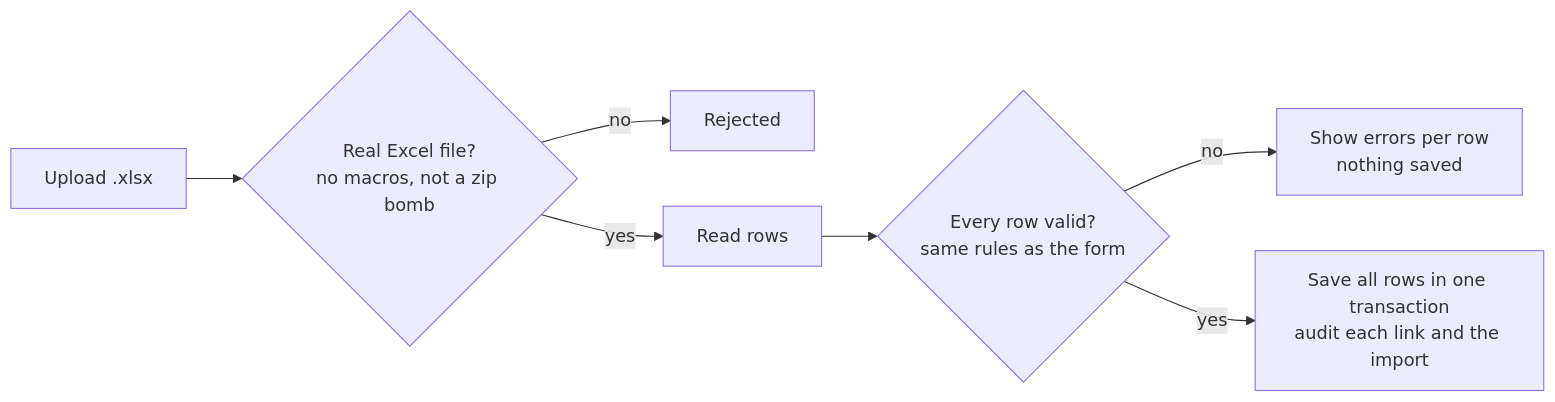
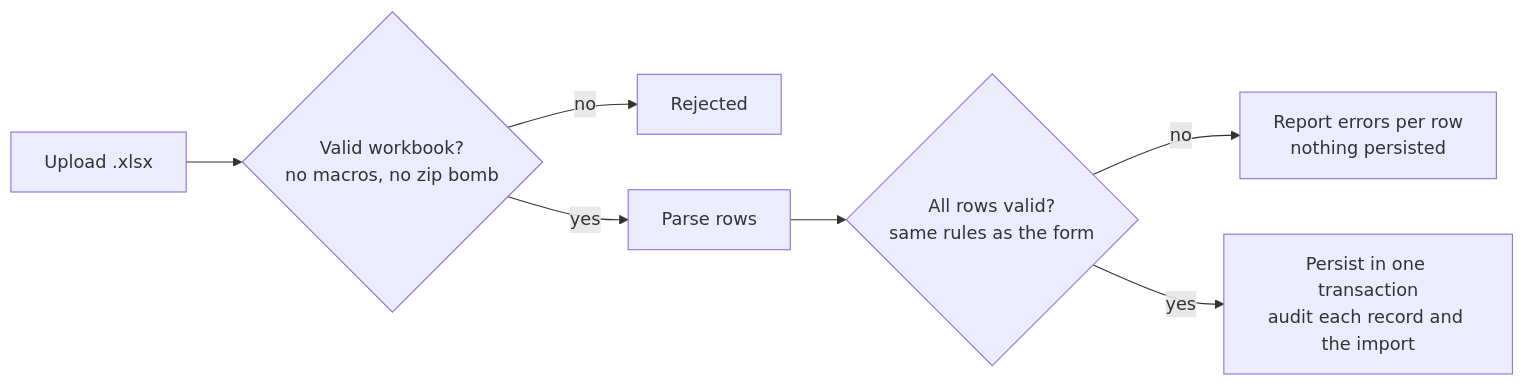
One commit to Masbismaa/mtoa_alr changed the eighth of 8 diagrams in .github/README.md. Above: the diagram before and after it, drawn with Mermaid. The commit also changed other lines of this file and 3 other files, not shown here.

````diff
--- a/.github/README.md
+++ b/.github/README.md
@@ -534,9 +561,9 @@
 ```mermaid
 flowchart LR
-    U[Upload .xlsx] --> C{Real Excel file?<br/>no macros, not a zip bomb}
+    U[Upload .xlsx] --> C{Valid workbook?<br/>no macros, no zip bomb}
     C -->|no| X[Rejected]
-    C -->|yes| R[Read rows]
-    R --> V{Every row valid?<br/>same rules as the form}
-    V -->|no| E[Show errors per row<br/>nothing saved]
-    V -->|yes| S[Save all rows in one transaction<br/>audit each link and the import]
+    C -->|yes| R[Parse rows]
+    R --> V{All rows valid?<br/>same rules as the form}
+    V -->|no| E[Report errors per row<br/>nothing persisted]
+    V -->|yes| S[Persist in one transaction<br/>audit each record and the import]
 ```
````
